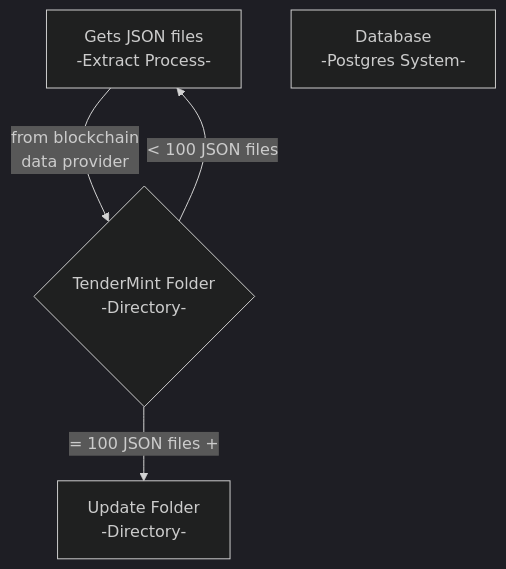
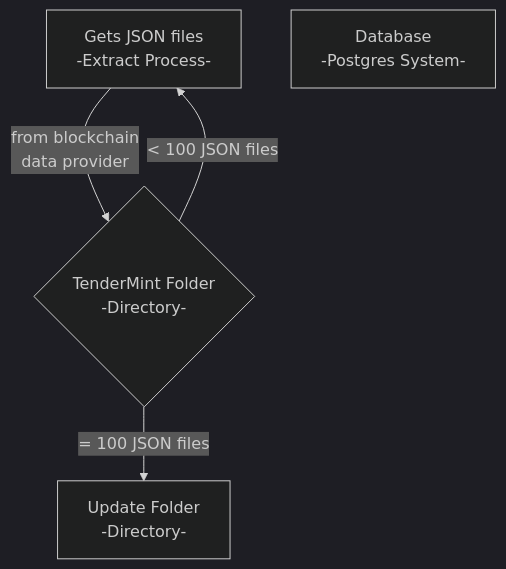
One commit to patmcfarland/one changed the diagram in README.md. Above: the diagram before and after it, drawn with Mermaid (dark theme).

````diff
--- a/README.md
+++ b/README.md
@@ -1,9 +1,9 @@
 ```mermaid
 flowchart TD
 A[Gets JSON files<br>-Extract Process-]
 A -- from blockchain<br>data provider --> B
 B{TenderMint Folder<br>-Directory-}
-B -- = 100 JSON files + --> C[Update Folder<br>-Directory-]
+B -- = 100 JSON files --> C[Update Folder<br>-Directory-]
 B -- < 100 JSON files --> A
 D[Database<br>-Postgres System-]
 ```
````
